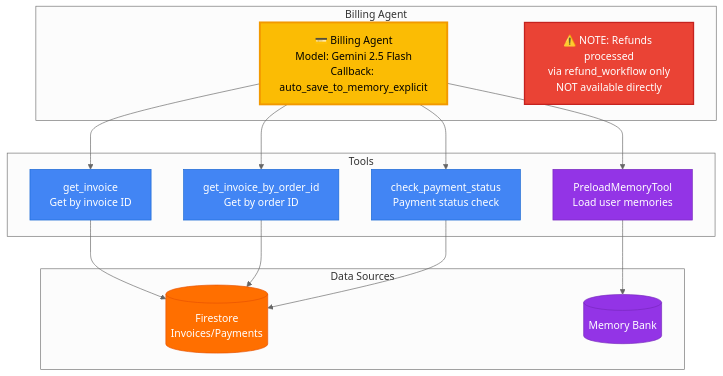
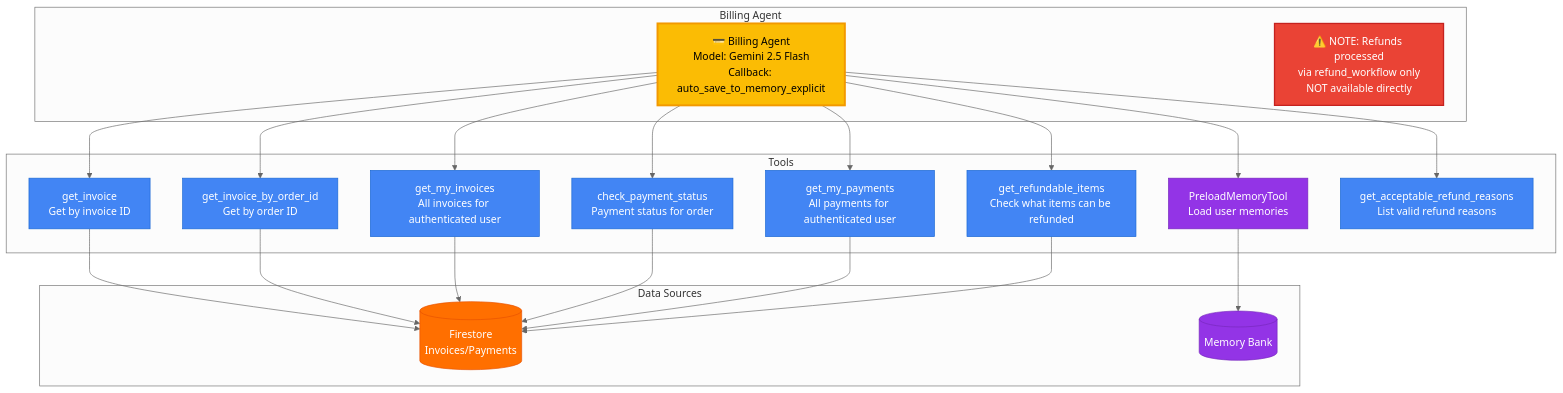
Before and after one commit to Saoussen-CH/adk-multiagent-production-template: the diagram in docs/diagrams/billing-agent.mmd, drawn with Mermaid (neutral theme). The commit also changed 5 other files, not shown here.

Commit message:
docs: update diagrams — fix tool counts, callback name, add missing tools [skip ci]

```diff
--- a/docs/diagrams/billing-agent.mmd
+++ b/docs/diagrams/billing-agent.mmd
@@ -1,39 +1,54 @@
 %% Billing Agent Architecture
 %% Google Cloud Platform Style
 
 graph TB
     subgraph "Billing Agent"
         Agent[💳 Billing Agent<br/>Model: Gemini 2.5 Flash<br/>Callback: auto_save_to_memory_explicit]
         Note[⚠️ NOTE: Refunds processed<br/>via refund_workflow only<br/>NOT available directly]
     end
 
     subgraph "Tools"
         T0[PreloadMemoryTool<br/>Load user memories]
         T1[get_invoice<br/>Get by invoice ID]
         T2[get_invoice_by_order_id<br/>Get by order ID]
-        T3[check_payment_status<br/>Payment status check]
+        T3[get_my_invoices<br/>All invoices for authenticated user]
+        T4[check_payment_status<br/>Payment status for order]
+        T5[get_my_payments<br/>All payments for authenticated user]
+        T6[get_refundable_items<br/>Check what items can be refunded]
+        T7[get_acceptable_refund_reasons<br/>List valid refund reasons]
     end
 
     subgraph "Data Sources"
         Firestore[(Firestore<br/>Invoices/Payments)]
         Memory[(Memory Bank)]
     end
 
     Agent --> T0
     Agent --> T1
     Agent --> T2
     Agent --> T3
+    Agent --> T4
+    Agent --> T5
+    Agent --> T6
+    Agent --> T7
 
     T0 --> Memory
     T1 --> Firestore
     T2 --> Firestore
     T3 --> Firestore
+    T4 --> Firestore
+    T5 --> Firestore
+    T6 --> Firestore
 
     style Agent fill:#FBBC04,stroke:#F29900,color:#000,stroke-width:3px
     style Note fill:#EA4335,stroke:#C5221F,color:#fff,stroke-width:2px
     style T0 fill:#9334E6,stroke:#7627BB,color:#fff
     style T1 fill:#4285F4,stroke:#1967D2,color:#fff
     style T2 fill:#4285F4,stroke:#1967D2,color:#fff
     style T3 fill:#4285F4,stroke:#1967D2,color:#fff
+    style T4 fill:#4285F4,stroke:#1967D2,color:#fff
+    style T5 fill:#4285F4,stroke:#1967D2,color:#fff
+    style T6 fill:#4285F4,stroke:#1967D2,color:#fff
+    style T7 fill:#4285F4,stroke:#1967D2,color:#fff
     style Firestore fill:#FF6F00,stroke:#E65100,color:#fff
     style Memory fill:#9334E6,stroke:#7627BB,color:#fff
```
